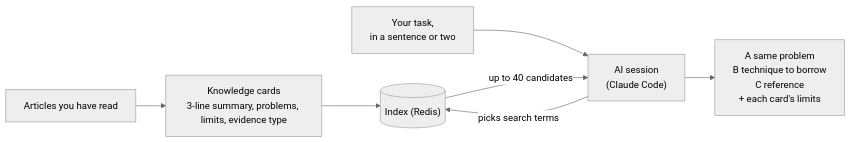
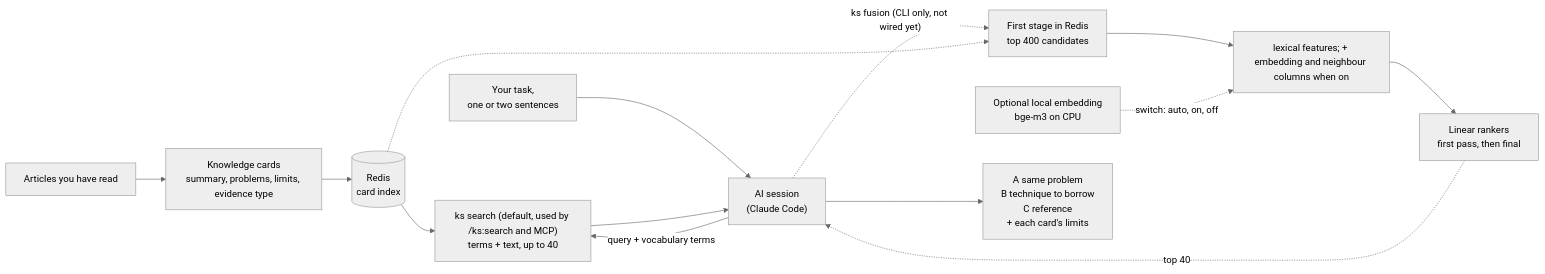
One commit to ai-dev-methodologies/knowledge-scout changed the second of 2 diagrams in README.md. Above: the diagram before and after it, drawn with Mermaid (neutral theme). The commit also changed other lines of this file, not shown here.

First line of the commit message:
docs: README as a portfolio overview — vision, origin story, big-picture diagram, measured results

````diff
--- a/README.md
+++ b/README.md
@@ -28,9 +102,16 @@
 ```mermaid
 flowchart LR
-    A["Articles you have read"] --> B["Knowledge cards<br/>3-line summary, problems, limits, evidence type"]
-    B --> C[("Index (Redis)")]
-    D["Your task,<br/>in a sentence or two"] --> E["AI session<br/>(Claude Code)"]
-    E -->|"picks search terms"| C
-    C -->|"up to 40 candidates"| E
+    A["Articles you have read"] --> B["Knowledge cards<br/>summary, problems, limits, evidence type"]
+    B --> C[("Redis<br/>card index")]
+    D["Your task,<br/>one or two sentences"] --> E["AI session<br/>(Claude Code)"]
+    E -->|"query + vocabulary terms"| K["ks search (default, used by /ks:search and MCP)<br/>terms + text, up to 40"]
+    C --> K
+    K --> E
+    E -.->|"ks fusion (CLI only, not wired yet)"| G["First stage in Redis<br/>top 400 candidates"]
+    C -.-> G
+    G --> H["lexical features; + embedding and neighbour columns when on"]
+    I["Optional local embedding<br/>bge-m3 on CPU"] -.->|"switch: auto, on, off"| H
+    H --> J["Linear rankers<br/>first pass, then final"]
+    J -.->|"top 40"| E
     E --> F["A same problem<br/>B technique to borrow<br/>C reference<br/>+ each card's limits"]
 ```
````
